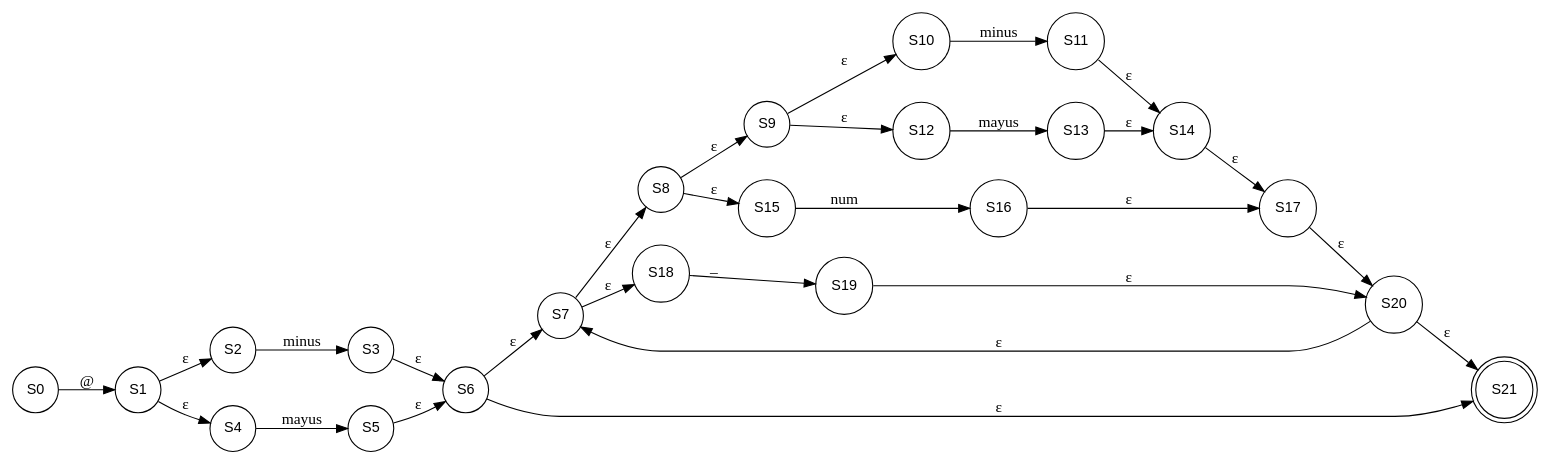
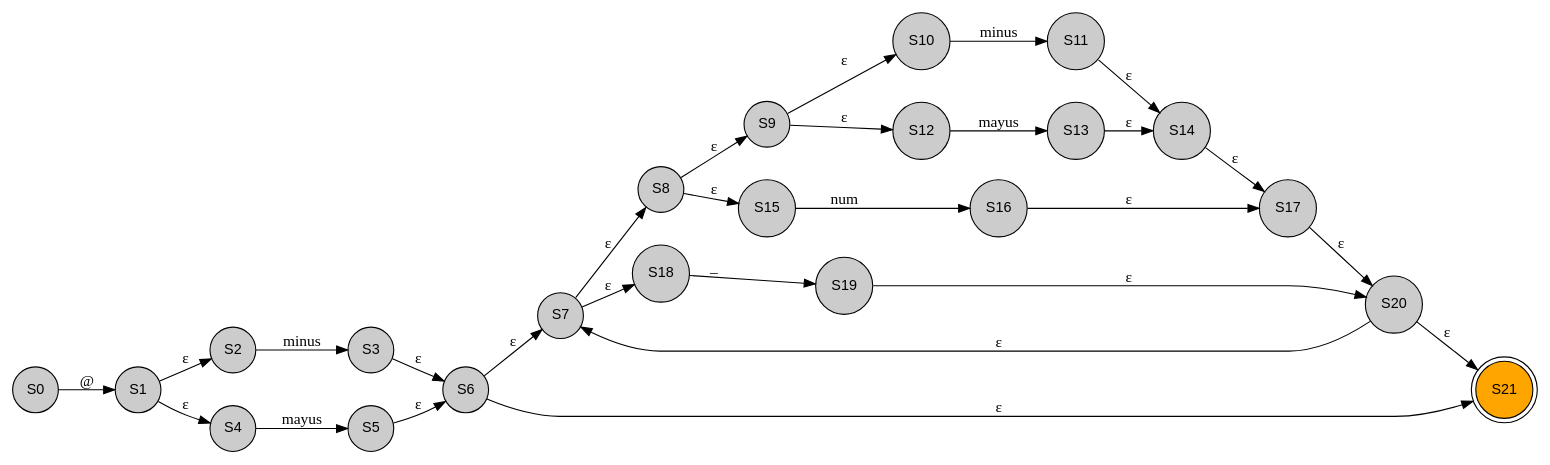
One commit to Desconocido502/OLC1-proyecto1-201902502 changed the diagram in src/AFND_201902502/igusername.dot. Above: the diagram before and after it, drawn with Graphviz. The commit also changed 48 other files, not shown here.

```diff
--- a/src/AFND_201902502/igusername.dot
+++ b/src/AFND_201902502/igusername.dot
@@ -1,35 +1,35 @@
  digraph G {
-    node [shape=circle fontsize=13 fontname = "helvetica"];
+    node [shape=circle fontsize=13 fontname = "helvetica" style=filled fillcolor="#CCCCCC"];
     nodesep=0.4;
     ranksep=0.5;
     rankdir=LR;
 
 S0 -> S1 [label="@"];
 S1 -> S2 [label="ε"];
 S1 -> S4 [label="ε"];
 S3 -> S6 [label="ε"];
 S5 -> S6 [label="ε"];
 S2 -> S3 [label="minus"];
 S4 -> S5 [label="mayus"];
 S6 -> S7 [label="ε"];
 S20 -> S21 [label="ε"];
 S6 -> S21 [label="ε"];
 S20 -> S7 [label="ε"];
 S7 -> S8 [label="ε"];
 S7 -> S18 [label="ε"];
 S17 -> S20 [label="ε"];
 S19 -> S20 [label="ε"];
 S8 -> S9 [label="ε"];
 S8 -> S15 [label="ε"];
 S14 -> S17 [label="ε"];
 S16 -> S17 [label="ε"];
 S9 -> S10 [label="ε"];
 S9 -> S12 [label="ε"];
 S11 -> S14 [label="ε"];
 S13 -> S14 [label="ε"];
 S10 -> S11 [label="minus"];
 S12 -> S13 [label="mayus"];
 S15 -> S16 [label="num"];
 S18 -> S19 [label="_"];
-S21 [shape=doublecircle];
+S21[shape = doublecircle, style = filled, fillcolor = "#FFA500"];
 }
```
